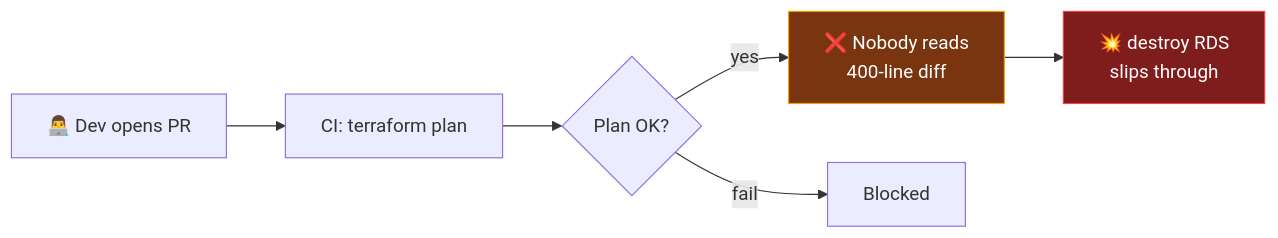
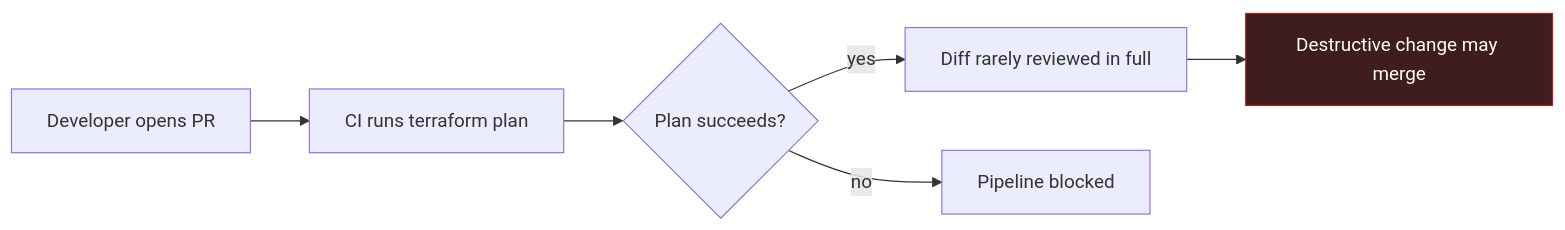
Before and after one commit to SamyBaouche/iac-sentinel: the first of 7 diagrams in README.md, drawn with Mermaid. The commit also changed other lines of this file, not shown here.

````diff
--- a/README.md
+++ b/README.md
@@ -37,11 +24,10 @@
 ```mermaid
 flowchart LR
-  A["👨‍💻 Dev opens PR"] --> B["CI: terraform plan"]
-  B --> C{"Plan OK?"}
-  C -->|yes| D["❌ Nobody reads<br/>400-line diff"]
-  D --> E["💥 destroy RDS<br/>slips through"]
-  C -->|fail| F["Blocked"]
+  A[Developer opens PR] --> B[CI runs terraform plan]
+  B --> C{Plan succeeds?}
+  C -->|yes| D[Diff rarely reviewed in full]
+  D --> E[Destructive change may merge]
+  C -->|no| F[Pipeline blocked]
 
-  style E fill:#7f1d1d,stroke:#ef4444,color:#fff
-  style D fill:#78350f,stroke:#f59e0b,color:#fff
+  style E fill:#3f1d1d,stroke:#b91c1c,color:#fff
 ```
````
